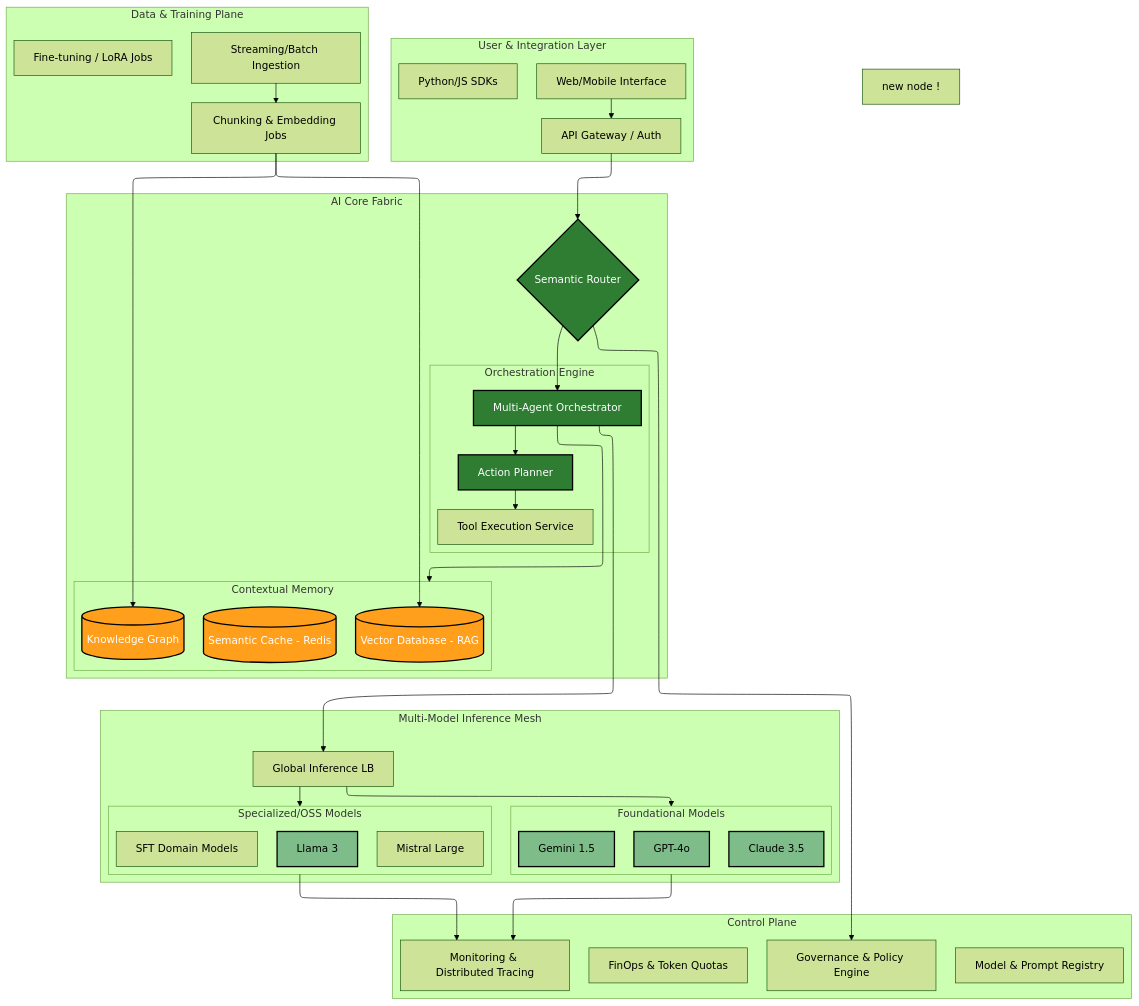
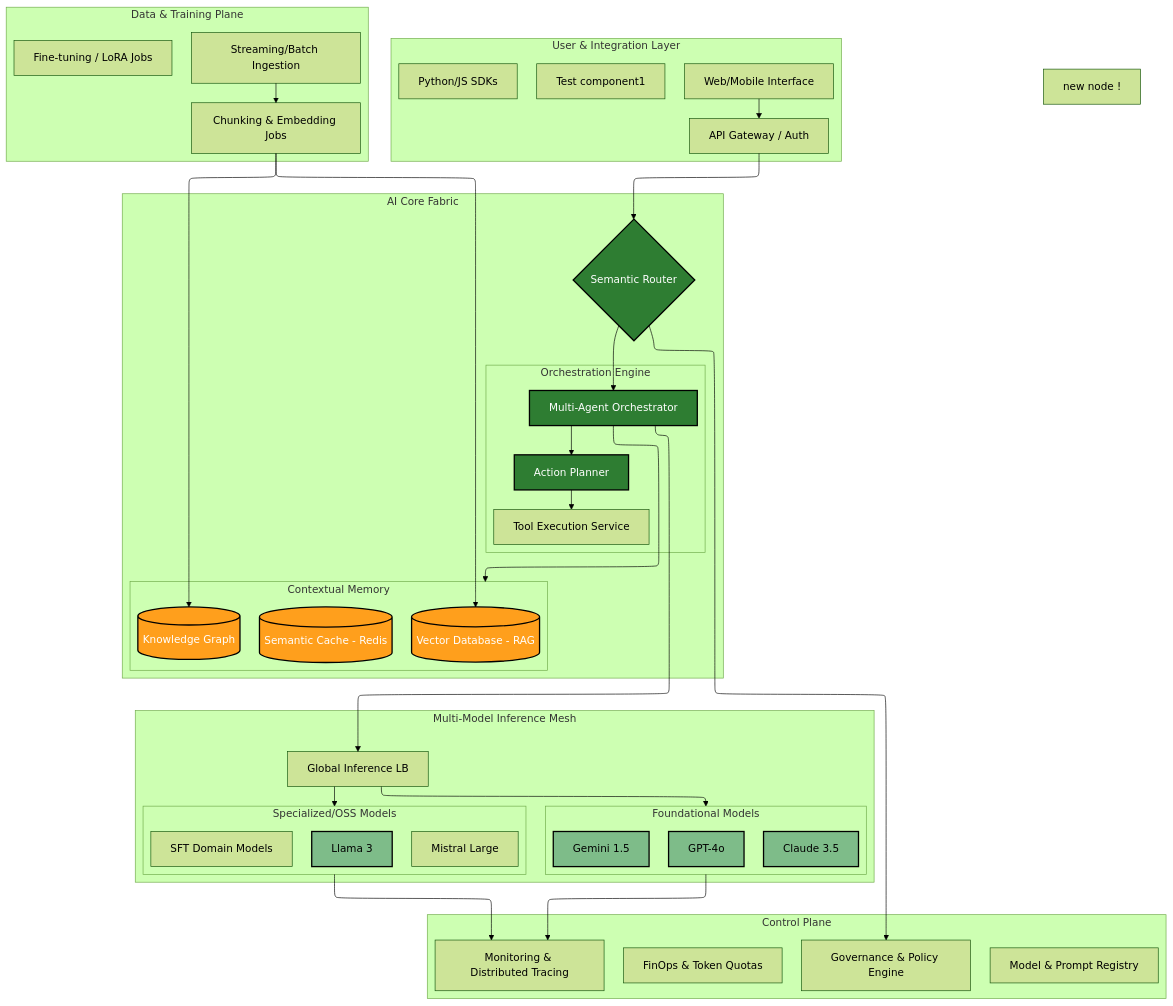
One commit to anothernoise/archgram-diagrams changed the diagram in docs/diagrams/Mermaid_flow_diagram__Top-Bottom__illustrating_a_high-level.mmd. Above: the diagram before and after it, drawn with Mermaid (forest theme).

Commit message:
Update docs/diagrams/Mermaid_flow_diagram__Top-Bottom__illustrating_a_high-level.mmd via Archgram

```diff
--- a/docs/diagrams/Mermaid_flow_diagram__Top-Bottom__illustrating_a_high-level.mmd
+++ b/docs/diagrams/Mermaid_flow_diagram__Top-Bottom__illustrating_a_high-level.mmd
@@ -1,87 +1,88 @@
 ---
 config:
   layout: elk
   elk:
     mergeEdges: true
     nodePlacementStrategy: LINEAR_SEGMENTS
     forceNodeModelOrder: true
 ---
 graph TB
     subgraph Client_Layer [User & Integration Layer]
         UI[Web/Mobile Interface]
         SDK[Python/JS SDKs]
         API_GW[API Gateway / Auth]
+        Test[Test component1 ]
     end
 
     subgraph Management_Plane [Control Plane]
         Governance[Governance & Policy Engine]
         Observability[Monitoring & Distributed Tracing]
         Catalog[Model & Prompt Registry]
         Cost[FinOps & Token Quotas]
     end
 
     subgraph Intelligence_Fabric [AI Core Fabric]
         Router{Semantic Router}
         subgraph Logic_Execution [Orchestration Engine]
             Agent_Orch[Multi-Agent Orchestrator]
             Tool_Service[Tool Execution Service]
             Plan_Eng[Action Planner]
         end
         
         subgraph Data_Context [Contextual Memory]
             Vector_DB[(Vector Database - RAG)]
             Graph_DB[(Knowledge Graph)]
             Cache[(Semantic Cache - Redis)]
         end
     end
 
     subgraph Inference_Mesh [Multi-Model Inference Mesh]
         subgraph LLM_Tier_1 [Foundational Models]
             GPT4[GPT-4o]
             Claude[Claude 3.5]
             Gemini[Gemini 1.5]
         end
         subgraph LLM_Tier_2 [Specialized/OSS Models]
             Llama[Llama 3]
             Mistral[Mistral Large]
             FineTune[SFT Domain Models]
         end
         Load_Balancer[Global Inference LB]
     end
 
     subgraph Data_Pipeline [Data & Training Plane]
         Data_Ingest[Streaming/Batch Ingestion]
         ETL[Chunking & Embedding Jobs]
         Trainer[Fine-tuning / LoRA Jobs]
     end
 
     %% Connections
     UI --> API_GW
     API_GW --> Router
     Router --> Governance
     Router --> Agent_Orch
     
     Agent_Orch --> Data_Context
     Agent_Orch --> Plan_Eng
     Plan_Eng --> Tool_Service
     
     Agent_Orch --> Load_Balancer
     Load_Balancer --> LLM_Tier_1
     Load_Balancer --> LLM_Tier_2
     
     LLM_Tier_1 --> Observability
     LLM_Tier_2 --> Observability
     
     Data_Ingest --> ETL
     ETL --> Vector_DB
     ETL --> Graph_DB
     
     %% Styling
     classDef primary fill:#2e7d32,color:#fff,stroke:#000,stroke-width:2px;
     classDef secondary fill:#7ebc89,color:#000,stroke:#000,stroke-width:2px;
     classDef storage fill:#ff9f1c,color:#fff,stroke:#000,stroke-width:2px;
     
     class Router,Agent_Orch,Plan_Eng primary;
     class GPT4,Claude,Gemini,Llama secondary;
     class Vector_DB,Graph_DB,Cache storage;
     newnode[new node !]
```
